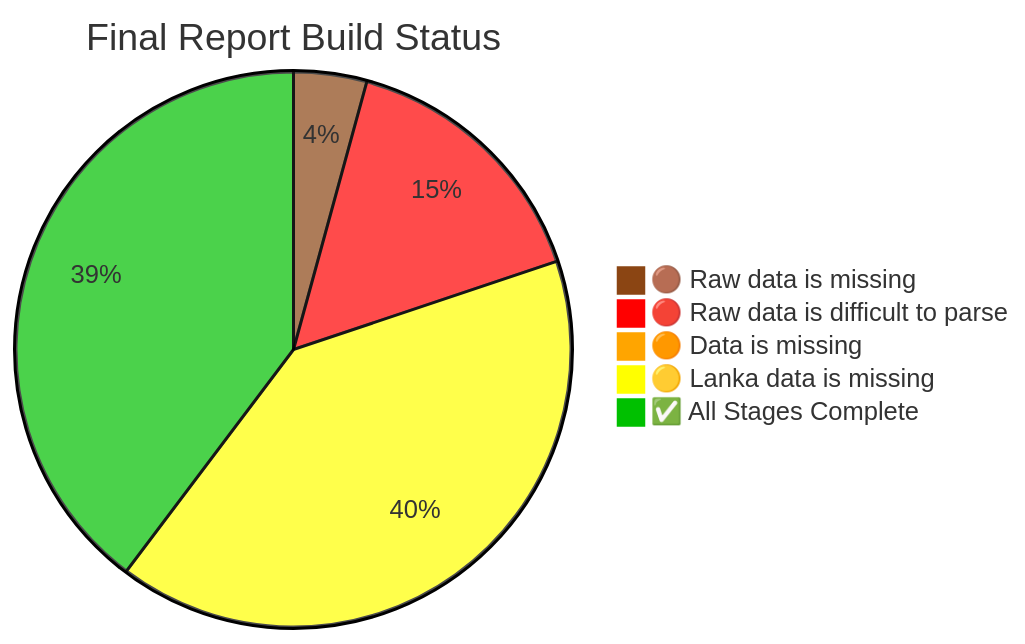
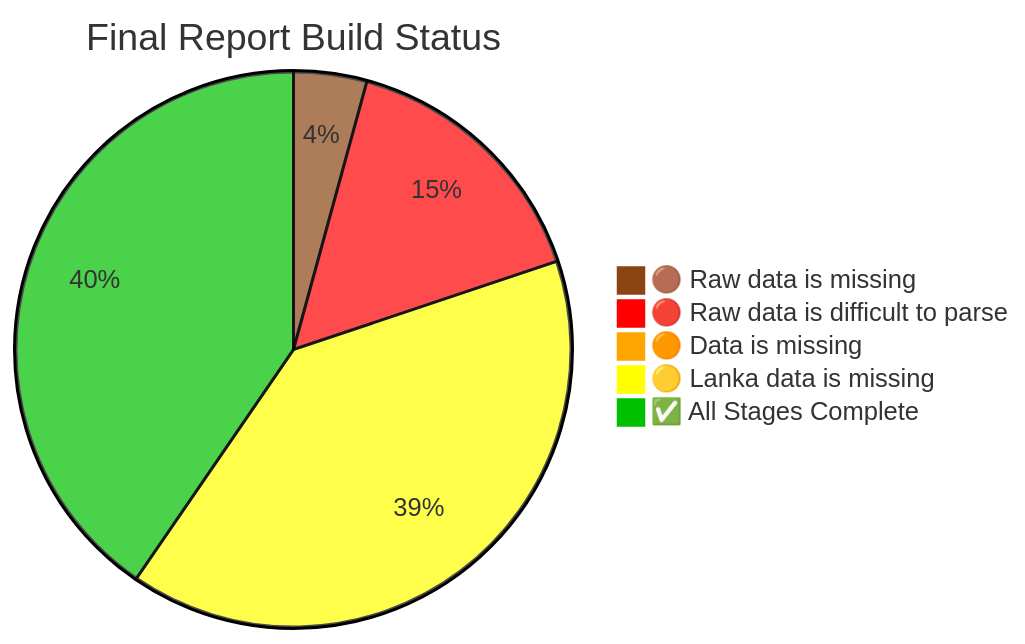
The diagram in README.md (nuuuwan/lk_census_2024), drawn with Mermaid before and after one commit. The commit also changed other lines of this file and 3 other files, not shown here.

Commit message:
Update data structure for educational fields to include 'lanka_data_pass' attribute for 2024

````diff
--- a/README.md
+++ b/README.md
@@ -220,9 +220,9 @@
 ```mermaid
 %%{init: {"theme": "base", "themeVariables": {"pie1": "#8B4513", "pie2": "#FF0000", "pie3": "#FFA500", "pie4": "#FFFF00", "pie5": "#00c000"}}}%%
 pie title Final Report Build Status
 "🟤 Raw data is missing" : 6
     "🔴 Raw data is difficult to parse" : 22
     "🟠 Data is missing" : 1
-    "🟡 Lanka data is missing" : 57
-    "✅ All Stages Complete" : 56
+    "🟡 Lanka data is missing" : 56
+    "✅ All Stages Complete" : 57
 ```
````
